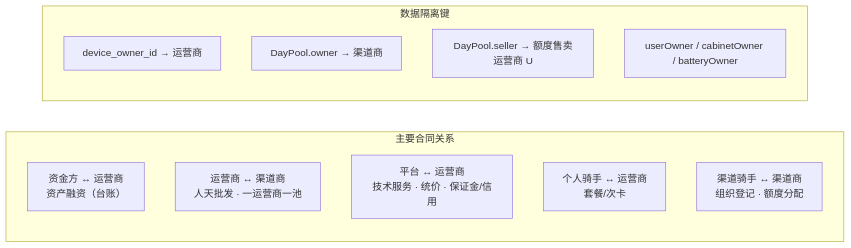
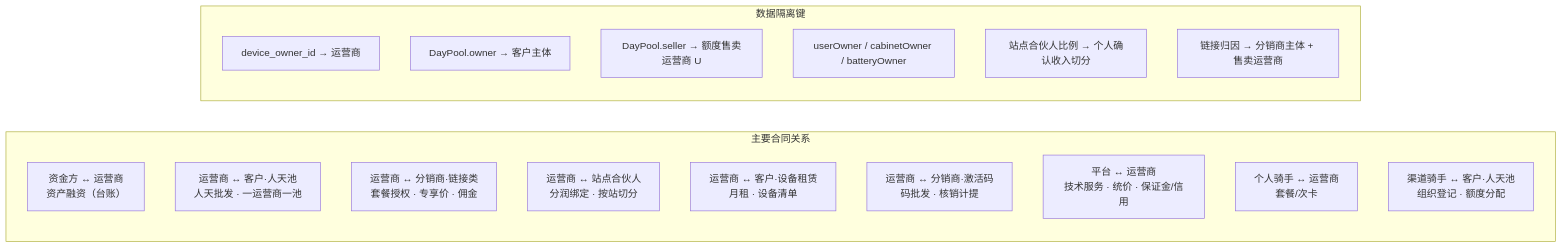
The second of 6 diagrams in docs/documentation/md/业务整体预览图.md (liudali/rider-swap-operator-prototype), drawn with Mermaid before and after one commit. The commit also changed other lines of this file and 4 other files, not shown here.

Commit message:
文档：业务整体预览图补全角色与路径

````diff
--- a/docs/documentation/md/业务整体预览图.md
+++ b/docs/documentation/md/业务整体预览图.md
@@ -208,16 +226,22 @@
 ```mermaid
 flowchart LR
   subgraph contracts [主要合同关系]
     L1["资金方 ↔ 运营商<br/>资产融资（台账）"]
-    L2["运营商 ↔ 渠道商<br/>人天批发 · 一运营商一池"]
+    L2["运营商 ↔ 客户·人天池<br/>人天批发 · 一运营商一池"]
+    L3["运营商 ↔ 分销商·链接类<br/>套餐授权 · 专享价 · 佣金"]
+    L7["运营商 ↔ 站点合伙人<br/>分润绑定 · 按站切分"]
+    L8["运营商 ↔ 客户·设备租赁<br/>月租 · 设备清单"]
+    L9["运营商 ↔ 分销商·激活码<br/>码批发 · 核销计提"]
     L4["平台 ↔ 运营商<br/>技术服务 · 统价 · 保证金/信用"]
     L5["个人骑手 ↔ 运营商<br/>套餐/次卡"]
-    L6["渠道骑手 ↔ 渠道商<br/>组织登记 · 额度分配"]
+    L6["渠道骑手 ↔ 客户·人天池<br/>组织登记 · 额度分配"]
   end
   subgraph data_owner [数据隔离键]
     D1["device_owner_id → 运营商"]
-    D2["DayPool.owner → 渠道商"]
+    D2["DayPool.owner → 客户主体"]
     D3["DayPool.seller → 额度售卖运营商 U"]
     D4["userOwner / cabinetOwner / batteryOwner"]
+    D5["站点合伙人比例 → 个人确认收入切分"]
+    D6["链接归因 → 分销商主体 + 售卖运营商"]
   end
 ```
````
